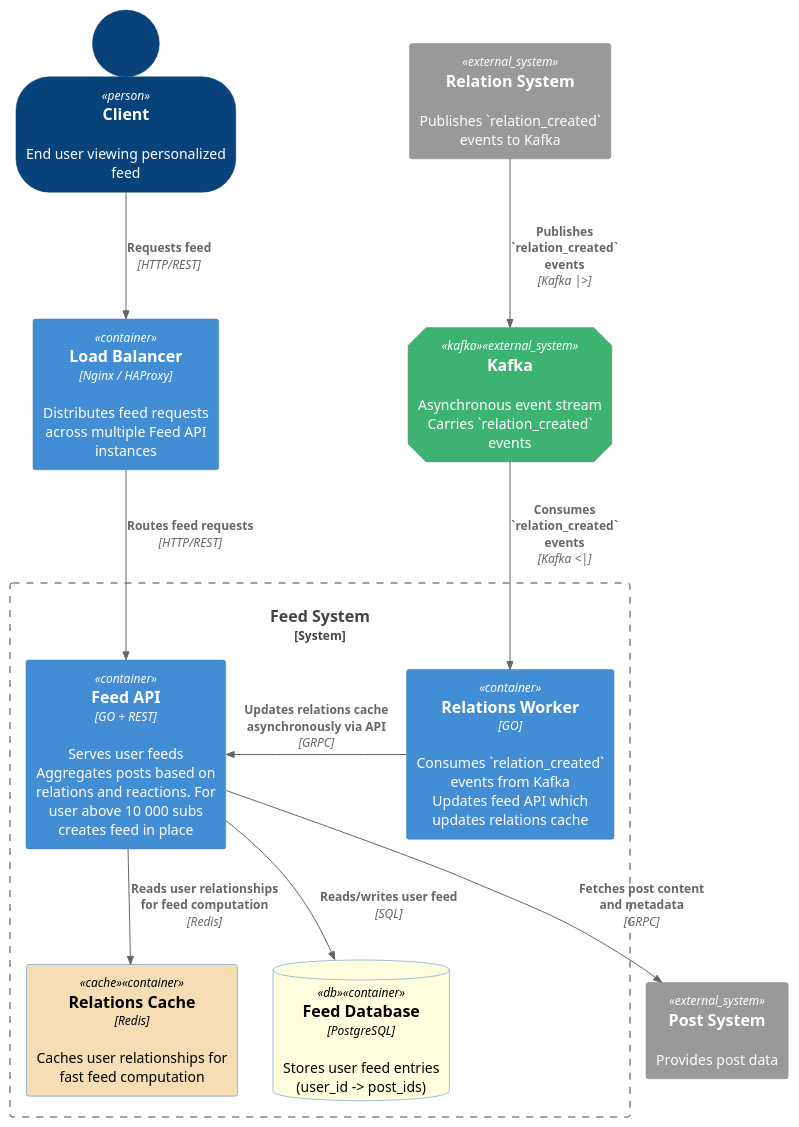
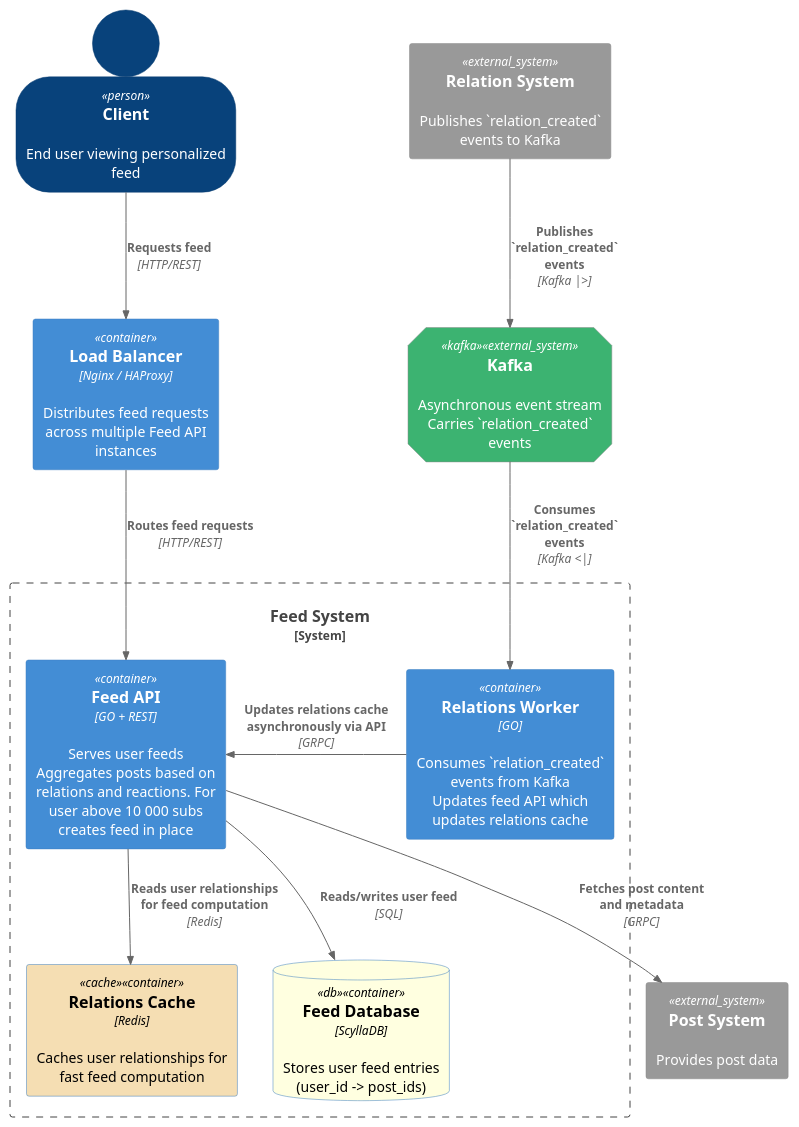
One commit to visbm/social_network_system_design changed the diagram in images/diagrams/containers/feed_system.puml. Above: the diagram before and after it, drawn with PlantUML. The commit also changed 1 other file, not shown here.

Commit message:
change feed DB from PG to ScyllaDB

```diff
--- a/images/diagrams/containers/feed_system.puml
+++ b/images/diagrams/containers/feed_system.puml
@@ -1,43 +1,43 @@
 @startuml
 !include https://raw.githubusercontent.com/plantuml-stdlib/C4-PlantUML/master/C4_Container.puml
 LAYOUT_TOP_DOWN()
 
 ' --- Custom Tags ---
 AddElementTag("kafka", $shape=EightSidedShape(), $bgColor="MediumSeaGreen", $fontColor="white")
 AddElementTag("db", $shape=RoundedBoxShape(), $bgColor="LightYellow", $fontColor="black")
 AddElementTag("cache", $shape=CircleShape(), $bgColor="Wheat", $fontColor="Black")
 
 SHOW_PERSON_OUTLINE()
 
 ' --- Actor ---
 Person(client, "Client", "End user viewing personalized feed")
 
 ' --- Entry Point ---
 Container(lb, "Load Balancer", "Nginx / HAProxy", "Distributes feed requests across multiple Feed API instances")
 
 ' --- System Boundary for Feed System ---
 System_Boundary(feedSystem, "Feed System") {
     Container(feedApi, "Feed API", "GO + REST", "Serves user feeds\nAggregates posts based on relations and reactions. For user above 10 000 subs creates feed in place")
-    ContainerDb(feedDb, "Feed Database", "PostgreSQL", "Stores user feed entries (user_id -> post_ids)", $tags="db")
+    ContainerDb(feedDb, "Feed Database", "ScyllaDB", "Stores user feed entries (user_id -> post_ids)", $tags="db")
     Container(relCache, "Relations Cache", "Redis", "Caches user relationships for fast feed computation", $tags="cache")
     Container(relWorker, "Relations Worker", "GO", "Consumes `relation_created` events from Kafka\nUpdates feed API which updates relations cache")
 }
 
 ' --- External Systems ---
 System_Ext(postSystem, "Post System", "Provides post data")
 System_Ext(kafkaSystem, "Kafka", "Asynchronous event stream\nCarries `relation_created` events", $tags="kafka")
 System_Ext(relationSystem, "Relation System", "Publishes `relation_created` events to Kafka")
 
 ' --- Relationships ---
 Rel_D(client, lb, "Requests feed", "HTTP/REST")
 Rel_D(lb, feedApi, "Routes feed requests", "HTTP/REST")
 
 Rel_D(feedApi, feedDb, "Reads/writes user feed", "SQL")
 Rel_D(feedApi, relCache, "Reads user relationships for feed computation", "Redis")
 Rel_D(feedApi, postSystem, "Fetches post content and metadata", "GRPC")
 
 Rel_R(relWorker, feedApi, "Updates relations cache asynchronously via API", "GRPC")
 Rel_D(kafkaSystem, relWorker, "Consumes `relation_created` events", "Kafka <|")
 Rel_D(relationSystem, kafkaSystem, "Publishes `relation_created` events", "Kafka |>")
 
 @enduml
```
